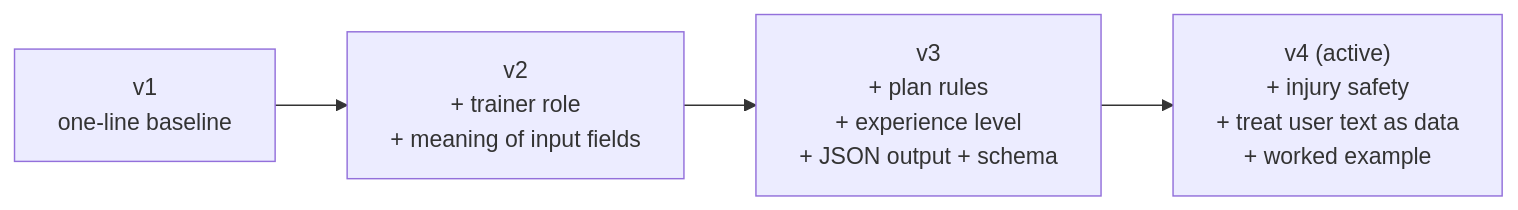
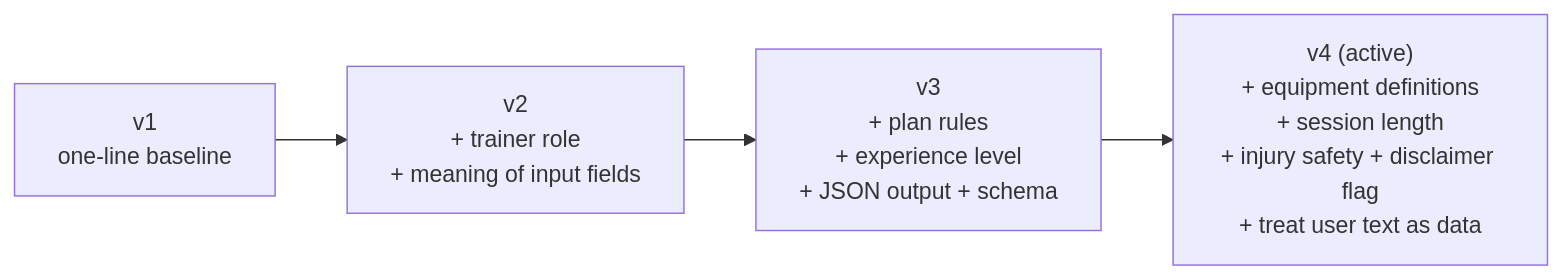
The fifth of 5 diagrams in ARCHITECTURE.md (sakthivelsathyanarayanan/ai-workout-plan-generator), drawn with Mermaid before and after one commit. The commit also changed other lines of this file and 8 other files, not shown here.

First line of the commit message:
Regenerate, download, injury disclaimer and prompt v4 clean-up

````diff
--- a/ARCHITECTURE.md
+++ b/ARCHITECTURE.md
@@ -142,6 +143,6 @@
 ```mermaid
 flowchart LR
     v1["v1<br/>one-line baseline"] --> v2["v2<br/>+ trainer role<br/>+ meaning of input fields"]
     v2 --> v3["v3<br/>+ plan rules<br/>+ experience level<br/>+ JSON output + schema"]
-    v3 --> v4["v4 (active)<br/>+ injury safety<br/>+ treat user text as data<br/>+ worked example"]
+    v3 --> v4["v4 (active)<br/>+ equipment definitions<br/>+ session length<br/>+ injury safety + disclaimer flag<br/>+ treat user text as data"]
 ```
````
